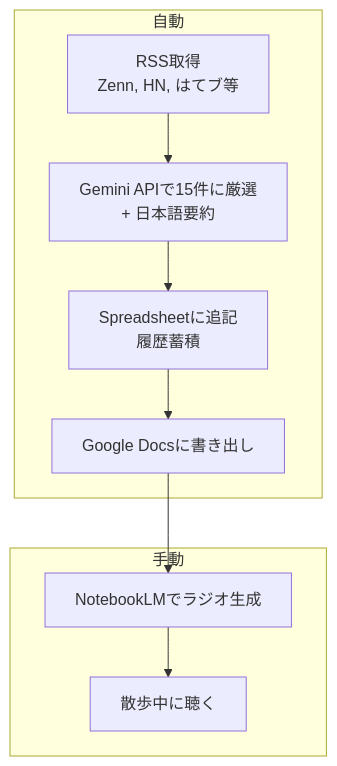
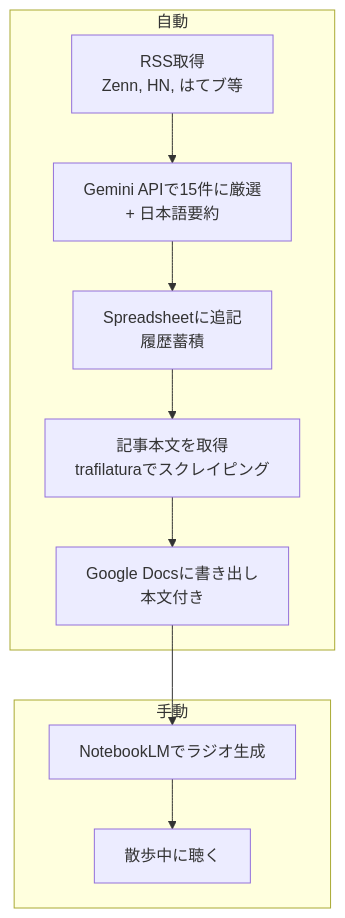
The diagram in README.md (snyt45/news-pipeline), drawn with Mermaid before and after one commit. The commit also changed other lines of this file, not shown here.

````diff
--- a/README.md
+++ b/README.md
@@ -9,12 +9,13 @@
 ```mermaid
 flowchart TD
     subgraph 自動
         A[RSS取得<br/>Zenn, HN, はてブ等] --> B[Gemini APIで15件に厳選<br/>+ 日本語要約]
         B --> C[Spreadsheetに追記<br/>履歴蓄積]
-        C --> D[Google Docsに書き出し]
+        C --> D[記事本文を取得<br/>trafilaturaでスクレイピング]
+        D --> E[Google Docsに書き出し<br/>本文付き]
     end
     subgraph 手動
-        E[NotebookLMでラジオ生成] --> F[散歩中に聴く]
+        F[NotebookLMでラジオ生成] --> G[散歩中に聴く]
     end
-    D --> E
+    E --> F
 ```
````
